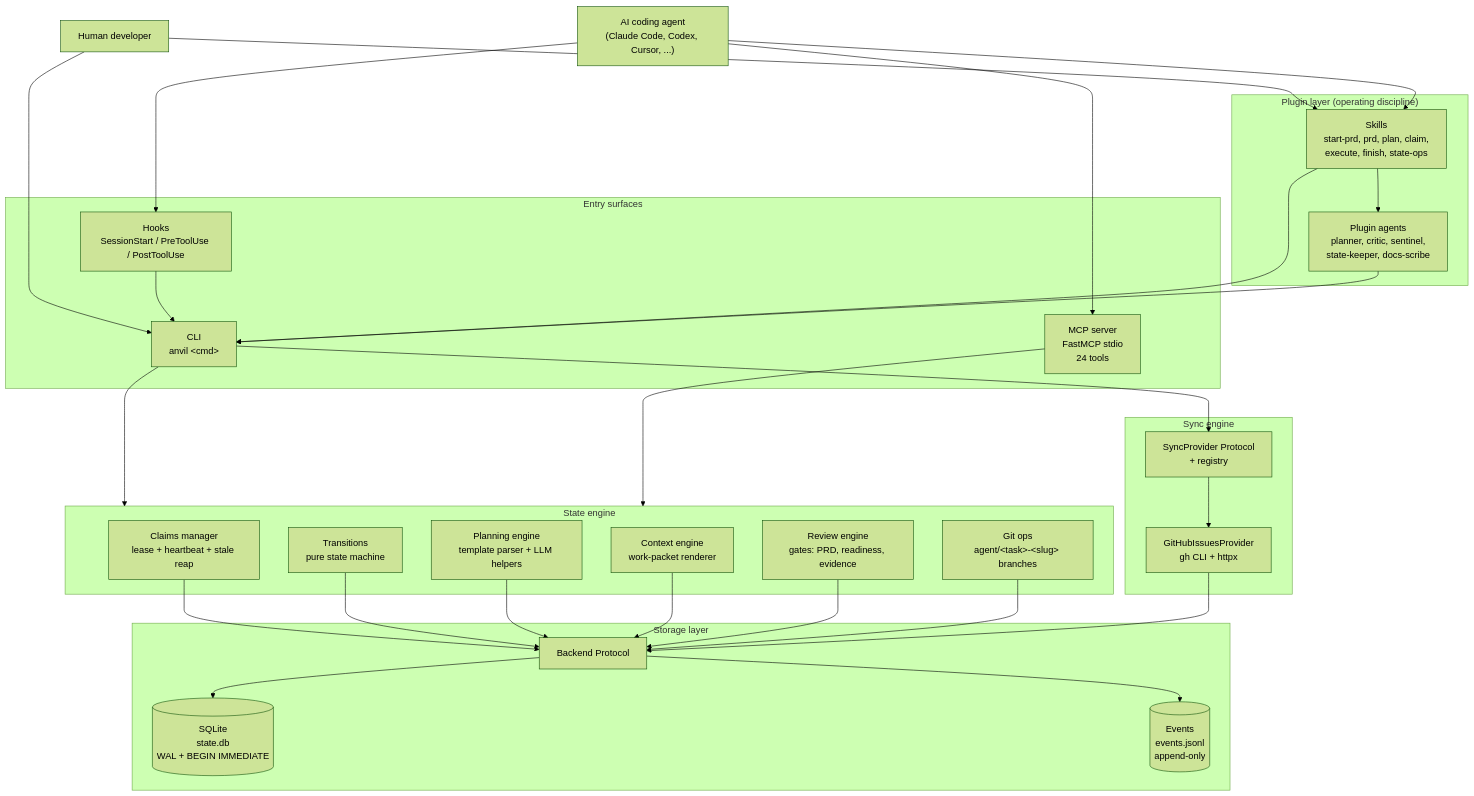
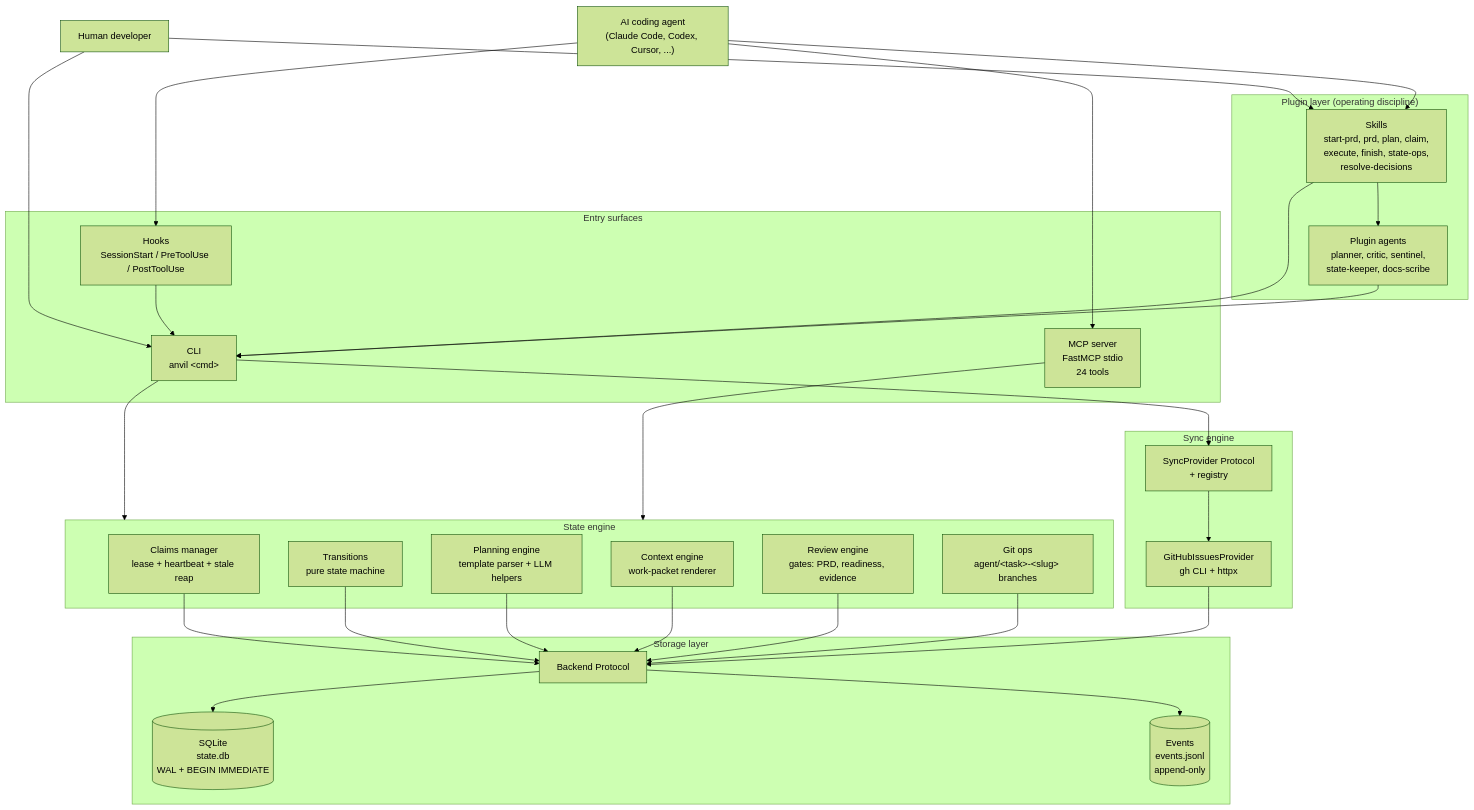
One commit to fakoli/anvil changed the first of 2 diagrams in docs/architecture.md. Above: the diagram before and after it, drawn with Mermaid (forest theme). The commit also changed other lines of this file and 10 other files, not shown here.

````diff
--- a/docs/architecture.md
+++ b/docs/architecture.md
@@ -35,63 +35,63 @@
 ```mermaid
 graph TD
     User["Human developer"]
     Agent["AI coding agent<br/>(Claude Code, Codex, Cursor, ...)"]
 
     subgraph Entry["Entry surfaces"]
         CLI["CLI<br/>anvil &lt;cmd&gt;"]
         MCP["MCP server<br/>FastMCP stdio<br/>24 tools"]
         Hooks["Hooks<br/>SessionStart / PreToolUse / PostToolUse"]
     end
 
     subgraph Plugin["Plugin layer (operating discipline)"]
-        Skills["Skills<br/>start-prd, prd, plan, claim,<br/>execute, finish, state-ops"]
+        Skills["Skills<br/>start-prd, prd, plan, claim,<br/>execute, finish, state-ops,<br/>resolve-decisions"]
         Agents["Plugin agents<br/>planner, critic, sentinel,<br/>state-keeper, docs-scribe"]
     end
 
     subgraph Engine["State engine"]
         Claims["Claims manager<br/>lease + heartbeat + stale reap"]
         Transitions["Transitions<br/>pure state machine"]
         Planning["Planning engine<br/>template parser + LLM helpers"]
         Context["Context engine<br/>work-packet renderer"]
         Review["Review engine<br/>gates: PRD, readiness, evidence"]
         GitOps["Git ops<br/>agent/&lt;task&gt;-&lt;slug&gt; branches"]
     end
 
     subgraph Storage["Storage layer"]
         Backend["Backend Protocol"]
         SQLite[("SQLite<br/>state.db<br/>WAL + BEGIN IMMEDIATE")]
         Events[("Events<br/>events.jsonl<br/>append-only")]
     end
 
     subgraph Sync["Sync engine"]
         SyncProto["SyncProvider Protocol<br/>+ registry"]
         GitHub["GitHubIssuesProvider<br/>gh CLI + httpx"]
     end
 
     User --> CLI
     User --> Skills
     Agent --> MCP
     Agent --> Skills
     Agent --> Hooks
 
     CLI --> Engine
     MCP --> Engine
     Hooks --> CLI
     Skills --> CLI
     Skills --> Agents
     Agents --> CLI
 
     Claims --> Backend
     Transitions --> Backend
     Planning --> Backend
     Context --> Backend
     Review --> Backend
     GitOps --> Backend
 
     Backend --> SQLite
     Backend --> Events
 
     CLI --> SyncProto
     SyncProto --> GitHub
     GitHub --> Backend
 ```
````
